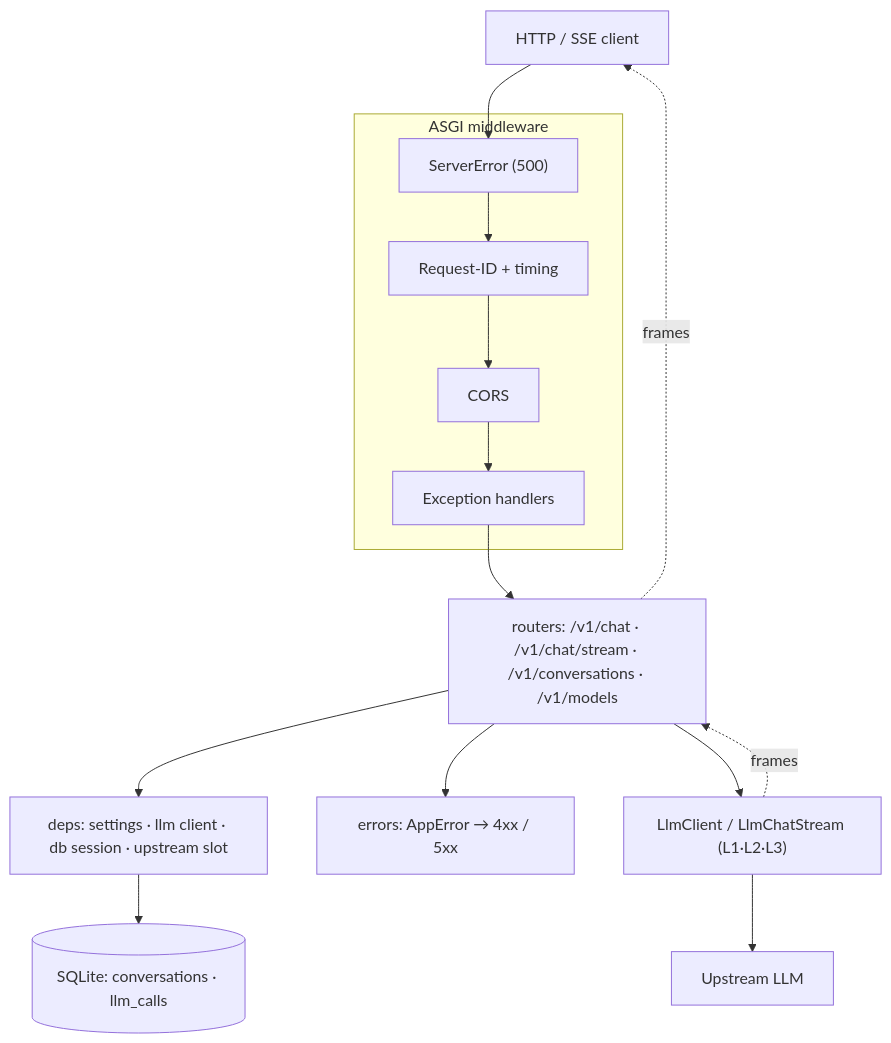
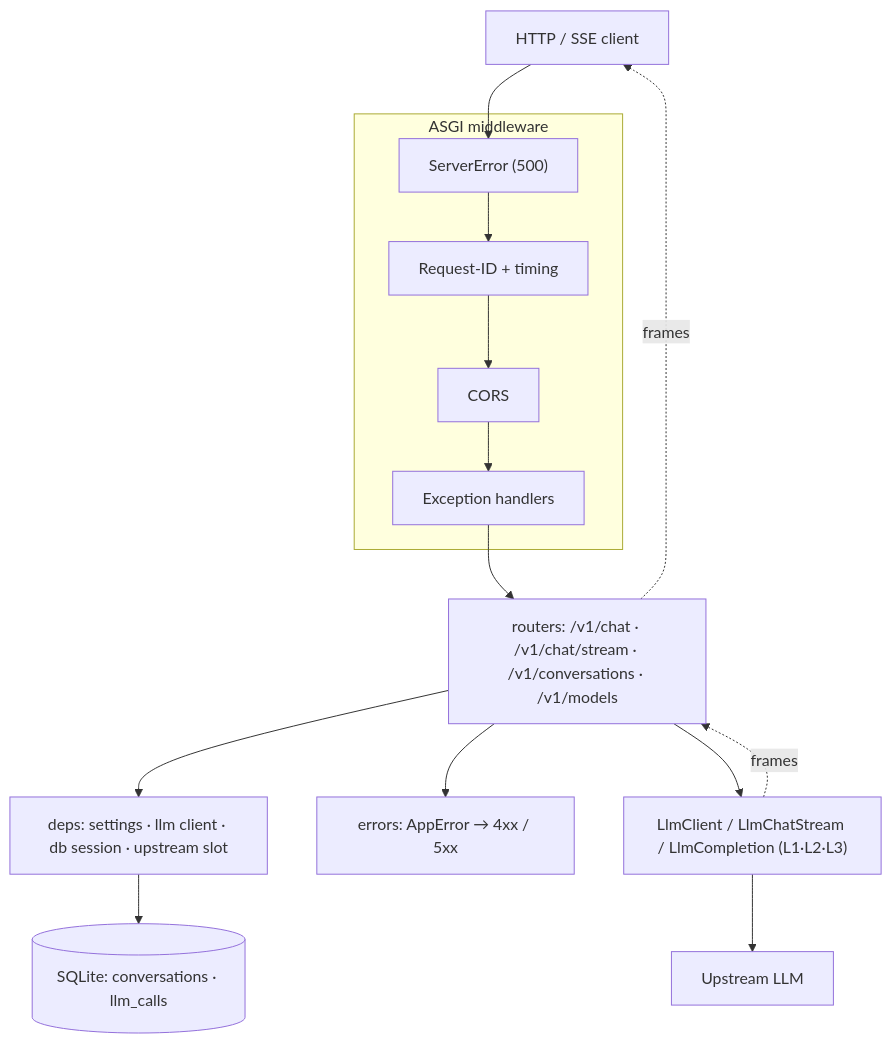
Before and after one commit to Tanking020/llm-gateway: the diagram in README.md, drawn with Mermaid. The commit also changed other lines of this file and 5 other files, not shown here.

````diff
--- a/README.md
+++ b/README.md
@@ -62,27 +61,27 @@
 ```mermaid
 flowchart TB
     C["HTTP / SSE client"]
 
     subgraph ASGI["ASGI middleware"]
         M1["ServerError (500)"]
         M2["Request-ID + timing"]
         M3["CORS"]
         M4["Exception handlers"]
     end
 
     R["routers: /v1/chat · /v1/chat/stream · /v1/conversations · /v1/models"]
     D["deps: settings · llm client · db session · upstream slot"]
     E["errors: AppError → 4xx / 5xx"]
-    A["LlmClient / LlmChatStream (L1·L2·L3)"]
+    A["LlmClient / LlmChatStream / LlmCompletion (L1·L2·L3)"]
     DB[("SQLite: conversations · llm_calls")]
     U["Upstream LLM"]
 
     C --> M1 --> M2 --> M3 --> M4 --> R
     R --> D
     R --> E
     R --> A
     A --> U
     A -.->|frames| R
     R -.->|frames| C
     D --> DB
 ```
````
